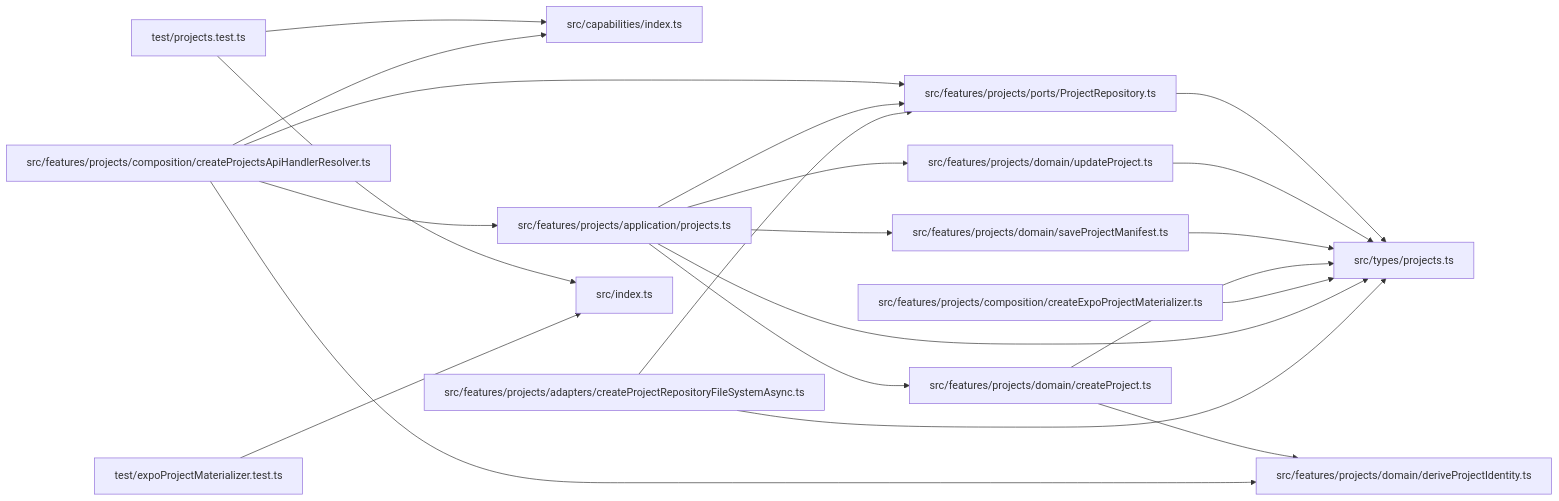
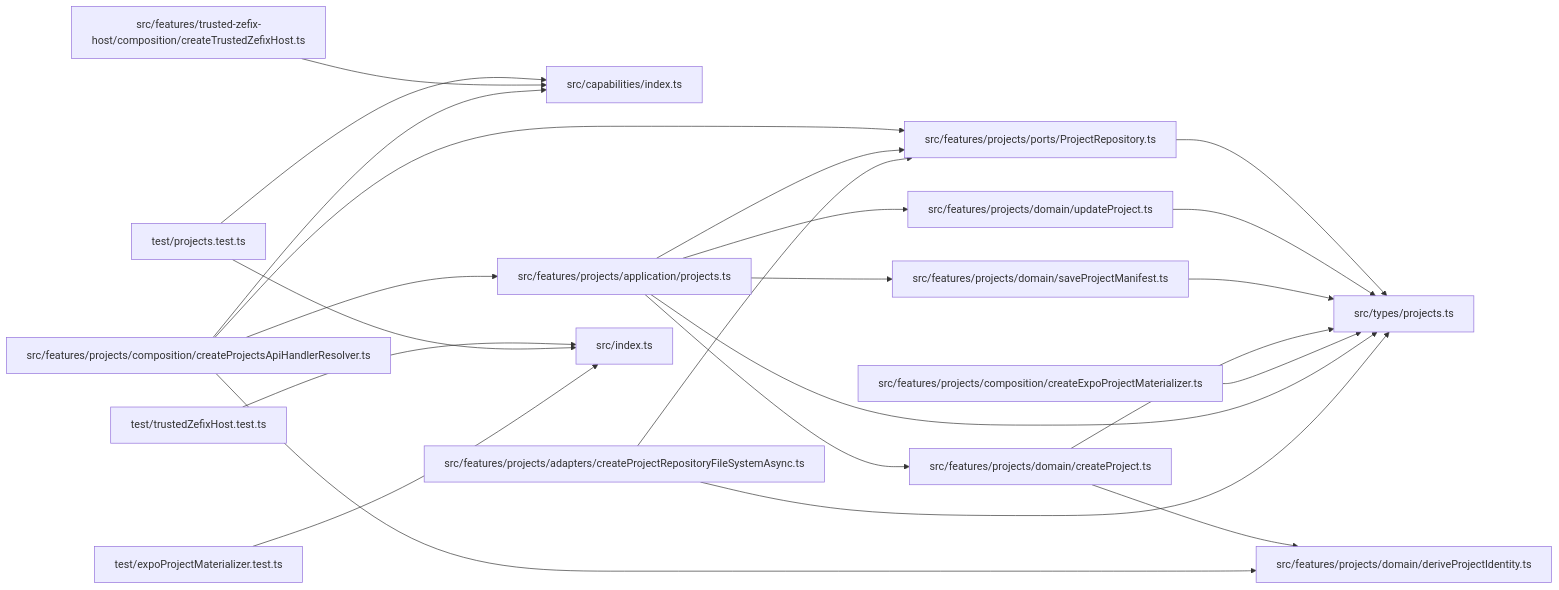
Before and after one commit to ankhorage/projects: the diagram in paradox/diagrams/module-relationships.mmd, drawn with Mermaid. The commit also changed 13 other files, not shown here.

```diff
--- a/paradox/diagrams/module-relationships.mmd
+++ b/paradox/diagrams/module-relationships.mmd
@@ -1,35 +1,39 @@
 graph LR
   module_src_capabilities_index_ts["src/capabilities/index.ts"]
   module_src_features_projects_adapters_createProjectRepositoryFileSystemAsync_ts["src/features/projects/adapters/createProjectRepositoryFileSystemAsync.ts"]
   module_src_features_projects_application_projects_ts["src/features/projects/application/projects.ts"]
   module_src_features_projects_composition_createExpoProjectMaterializer_ts["src/features/projects/composition/createExpoProjectMaterializer.ts"]
   module_src_features_projects_composition_createProjectsApiHandlerResolver_ts["src/features/projects/composition/createProjectsApiHandlerResolver.ts"]
   module_src_features_projects_domain_createProject_ts["src/features/projects/domain/createProject.ts"]
   module_src_features_projects_domain_deriveProjectIdentity_ts["src/features/projects/domain/deriveProjectIdentity.ts"]
   module_src_features_projects_domain_saveProjectManifest_ts["src/features/projects/domain/saveProjectManifest.ts"]
   module_src_features_projects_domain_updateProject_ts["src/features/projects/domain/updateProject.ts"]
   module_src_features_projects_ports_ProjectRepository_ts["src/features/projects/ports/ProjectRepository.ts"]
+  module_src_features_trusted_zefix_host_composition_createTrustedZefixHost_ts["src/features/trusted-zefix-host/composition/createTrustedZefixHost.ts"]
   module_src_index_ts["src/index.ts"]
   module_src_types_projects_ts["src/types/projects.ts"]
   module_test_expoProjectMaterializer_test_ts["test/expoProjectMaterializer.test.ts"]
   module_test_projects_test_ts["test/projects.test.ts"]
+  module_test_trustedZefixHost_test_ts["test/trustedZefixHost.test.ts"]
   module_src_features_projects_adapters_createProjectRepositoryFileSystemAsync_ts --> module_src_features_projects_ports_ProjectRepository_ts
   module_src_features_projects_adapters_createProjectRepositoryFileSystemAsync_ts --> module_src_types_projects_ts
   module_src_features_projects_application_projects_ts --> module_src_features_projects_domain_createProject_ts
   module_src_features_projects_application_projects_ts --> module_src_features_projects_domain_saveProjectManifest_ts
   module_src_features_projects_application_projects_ts --> module_src_features_projects_domain_updateProject_ts
   module_src_features_projects_application_projects_ts --> module_src_features_projects_ports_ProjectRepository_ts
   module_src_features_projects_application_projects_ts --> module_src_types_projects_ts
   module_src_features_projects_composition_createExpoProjectMaterializer_ts --> module_src_types_projects_ts
   module_src_features_projects_composition_createProjectsApiHandlerResolver_ts --> module_src_capabilities_index_ts
   module_src_features_projects_composition_createProjectsApiHandlerResolver_ts --> module_src_features_projects_application_projects_ts
   module_src_features_projects_composition_createProjectsApiHandlerResolver_ts --> module_src_features_projects_domain_deriveProjectIdentity_ts
   module_src_features_projects_composition_createProjectsApiHandlerResolver_ts --> module_src_features_projects_ports_ProjectRepository_ts
   module_src_features_projects_domain_createProject_ts --> module_src_features_projects_domain_deriveProjectIdentity_ts
   module_src_features_projects_domain_createProject_ts --> module_src_types_projects_ts
   module_src_features_projects_domain_saveProjectManifest_ts --> module_src_types_projects_ts
   module_src_features_projects_domain_updateProject_ts --> module_src_types_projects_ts
   module_src_features_projects_ports_ProjectRepository_ts --> module_src_types_projects_ts
+  module_src_features_trusted_zefix_host_composition_createTrustedZefixHost_ts --> module_src_capabilities_index_ts
   module_test_expoProjectMaterializer_test_ts --> module_src_index_ts
   module_test_projects_test_ts --> module_src_capabilities_index_ts
   module_test_projects_test_ts --> module_src_index_ts
+  module_test_trustedZefixHost_test_ts --> module_src_index_ts
```
